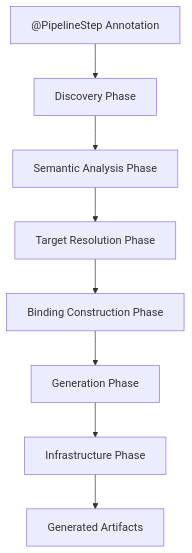
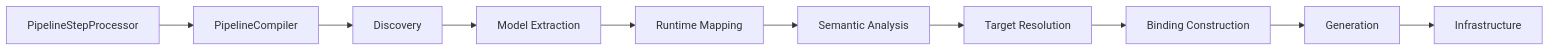
Before and after one commit to The-Pipeline-Framework/pipelineframework: the diagram in docs/guide/evolve/annotation-processor-architecture.md, drawn with Mermaid. The commit also changed other lines of this file and 10 other files, not shown here.

Commit message:
docs: split annotation processor architecture into guide

````diff
--- a/docs/guide/evolve/annotation-processor-architecture.md
+++ b/docs/guide/evolve/annotation-processor-architecture.md
@@ -232,11 +11,12 @@
 ```mermaid
-flowchart TD
-    A["@PipelineStep Annotation"] --> B[Discovery Phase]
-    B --> C[Semantic Analysis Phase]
-    C --> D[Target Resolution Phase]
-    D --> E[Binding Construction Phase]
-    E --> F[Generation Phase]
-    F --> G[Infrastructure Phase]
-
-    G --> H[Generated Artifacts]
+flowchart LR
+    A["PipelineStepProcessor"] --> B["PipelineCompiler"]
+    B --> P1["Discovery"]
+    P1 --> P2["Model Extraction"]
+    P2 --> P3["Runtime Mapping"]
+    P3 --> P4["Semantic Analysis"]
+    P4 --> P5["Target Resolution"]
+    P5 --> P6["Binding Construction"]
+    P6 --> P7["Generation"]
+    P7 --> P8["Infrastructure"]
 ```
````
